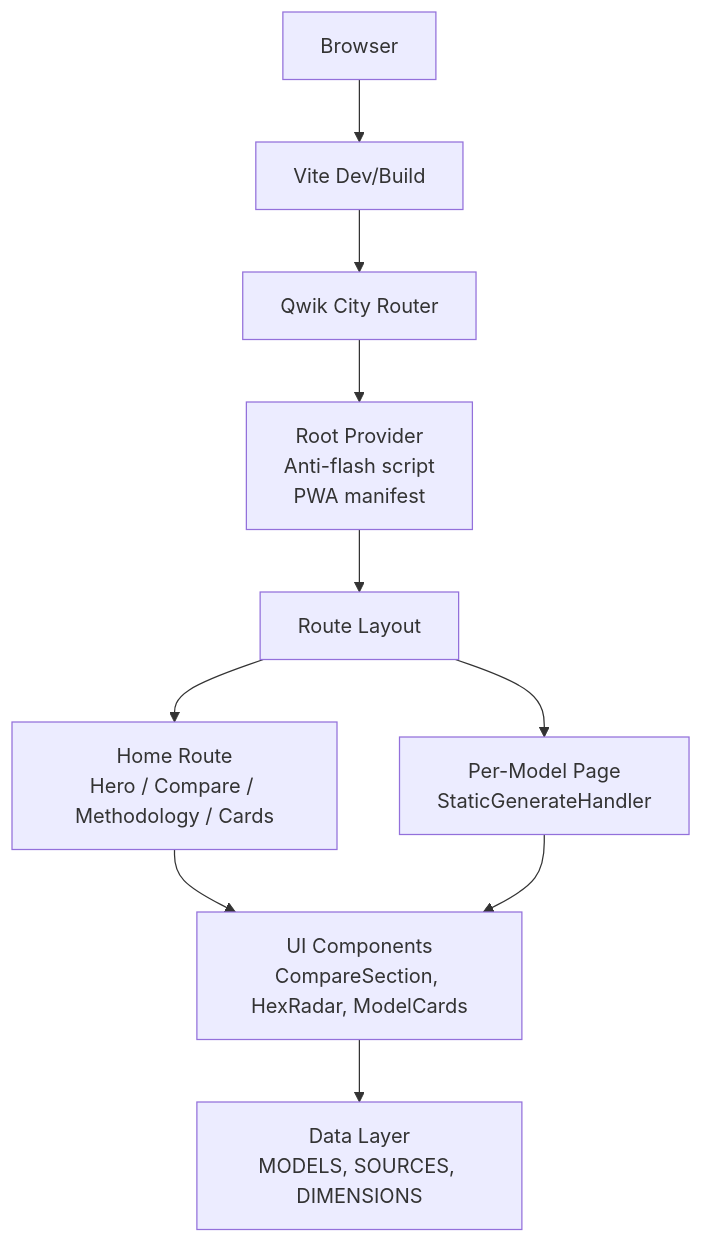
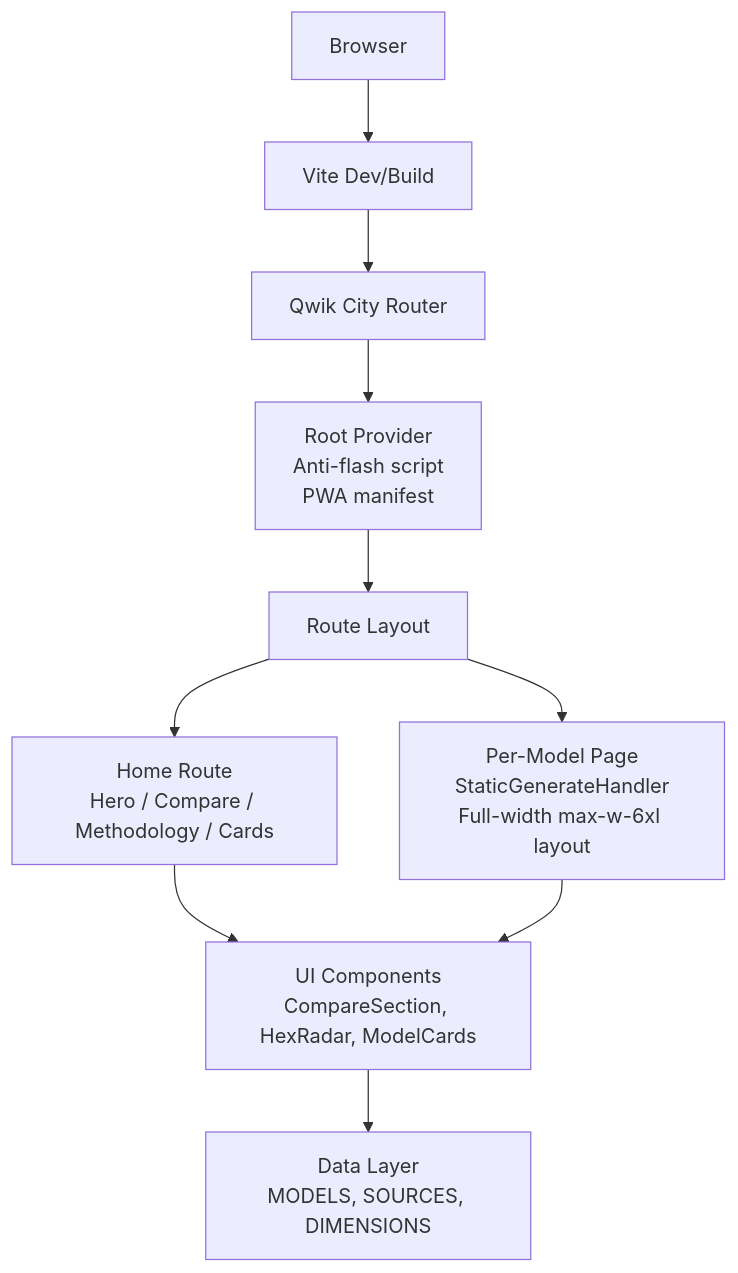
Before and after one commit to delirium-dj/modelcomp: the second of 9 diagrams in .qoder/repowiki/en/content/Architecture Overview/Core Concepts & Architecture Patterns.md, drawn with Mermaid. The commit also changed other lines of this file and 22 other files, not shown here.

````diff
--- a/.qoder/repowiki/en/content/Architecture Overview/Core Concepts & Architecture Patterns.md
+++ b/.qoder/repowiki/en/content/Architecture Overview/Core Concepts & Architecture Patterns.md
@@ -114,21 +120,21 @@
 ```mermaid
 graph TB
 Client["Browser"]
 Vite["Vite Dev/Build"]
 QwikCity["Qwik City Router"]
 Root["Root Provider<br/>Anti-flash script<br/>PWA manifest"]
 Layout["Route Layout"]
 Home["Home Route<br/>Hero / Compare / Methodology / Cards"]
-ModelPage["Per-Model Page<br/>StaticGenerateHandler"]
+ModelPage["Per-Model Page<br/>StaticGenerateHandler<br/>Full-width max-w-6xl layout"]
 DataLayer["Data Layer<br/>MODELS, SOURCES, DIMENSIONS"]
 Components["UI Components<br/>CompareSection, HexRadar, ModelCards"]
 Client --> Vite
 Vite --> QwikCity
 QwikCity --> Root
 Root --> Layout
 Layout --> Home
 Layout --> ModelPage
 Home --> Components
 ModelPage --> Components
 Components --> DataLayer
 ```
````
